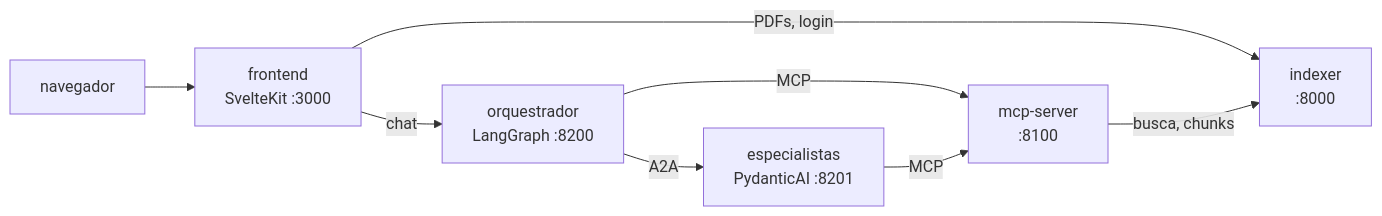
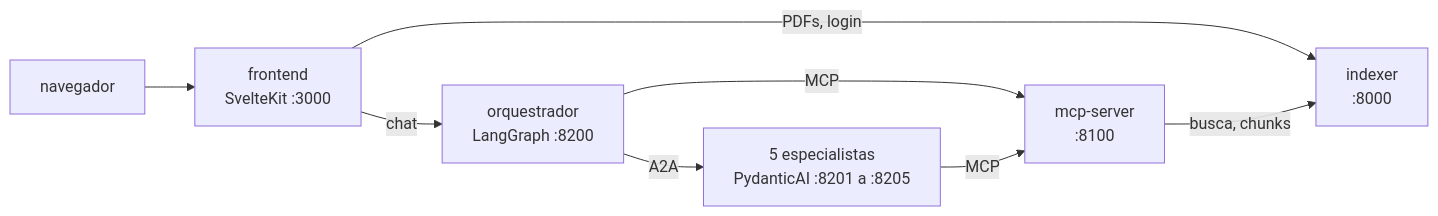
Before and after one commit to proscholdt/MultAgent_AnaliseDocumental: the diagram in README.md, drawn with Mermaid. The commit also changed other lines of this file and 19 other files, not shown here.

````diff
--- a/README.md
+++ b/README.md
@@ -9,10 +9,10 @@
 ```mermaid
 flowchart LR
     U[navegador] --> FE[frontend<br/>SvelteKit :3000]
     FE -->|PDFs, login| IDX[indexer<br/>:8000]
     FE -->|chat| ORQ[orquestrador<br/>LangGraph :8200]
-    ORQ -->|A2A| ESP[especialistas<br/>PydanticAI :8201]
+    ORQ -->|A2A| ESP[5 especialistas<br/>PydanticAI :8201 a :8205]
     ORQ -->|MCP| MCP[mcp-server<br/>:8100]
     ESP -->|MCP| MCP
     MCP -->|busca, chunks| IDX
 ```
````
